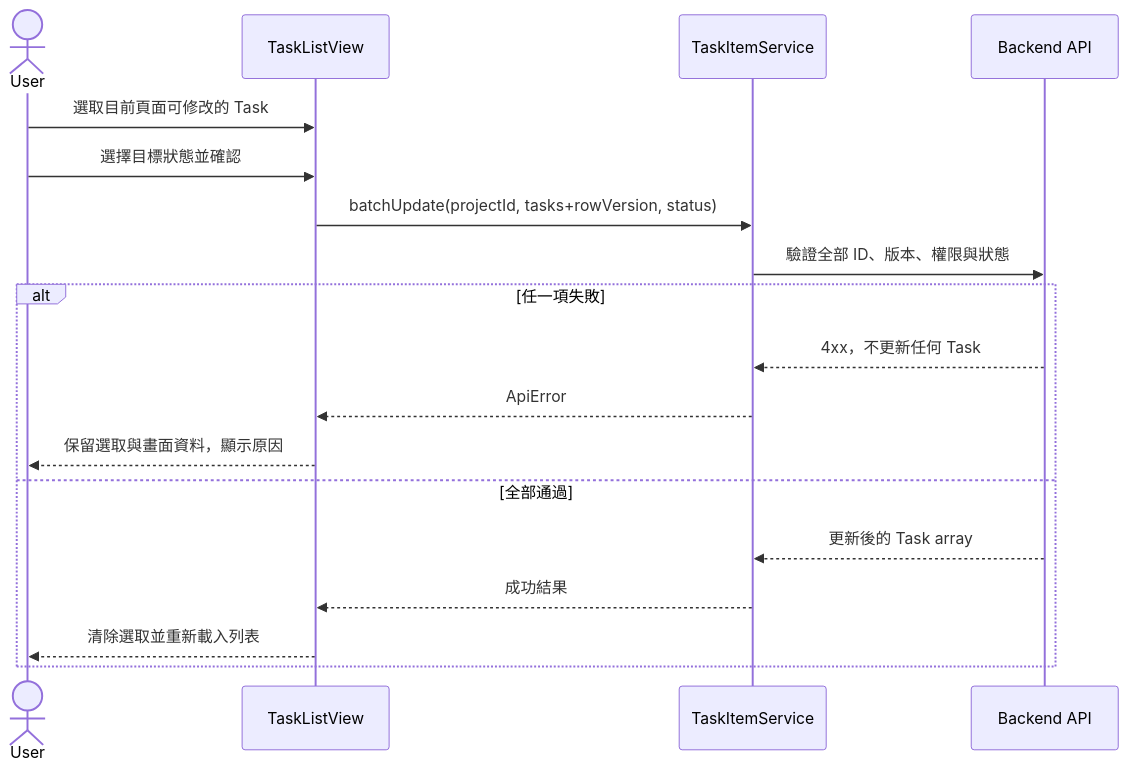
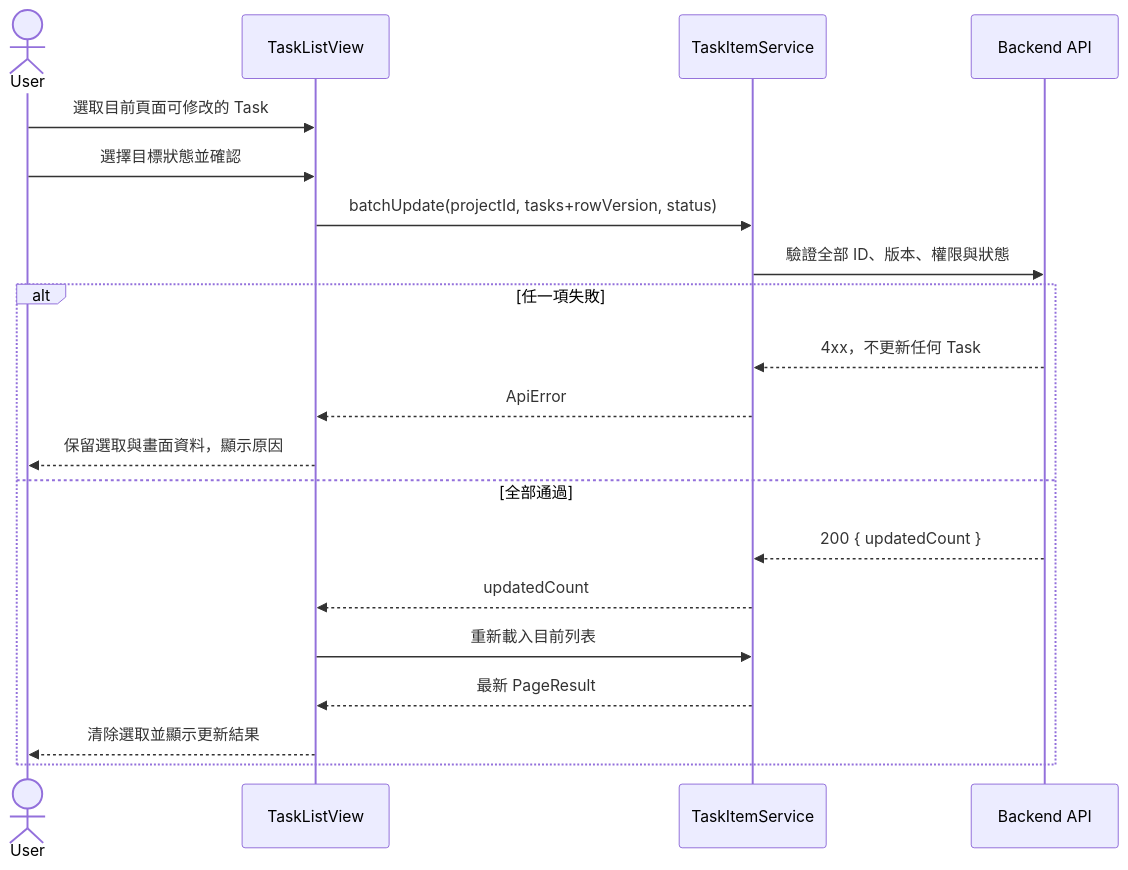
Before and after one commit to JJDing-Louis/ProjectManagementWeb_FrontEnd: the third of 3 diagrams in docs/Architecture.md, drawn with Mermaid. The commit also changed other lines of this file and 3 other files, not shown here.

````diff
--- a/docs/Architecture.md
+++ b/docs/Architecture.md
@@ -118,21 +142,23 @@
 ```mermaid
 sequenceDiagram
     actor User
     participant View as TaskListView
     participant Service as TaskItemService
     participant Backend as Backend API
 
     User->>View: 選取目前頁面可修改的 Task
     User->>View: 選擇目標狀態並確認
     View->>Service: batchUpdate(projectId, tasks+rowVersion, status)
     Service->>Backend: 驗證全部 ID、版本、權限與狀態
     alt 任一項失敗
         Backend-->>Service: 4xx，不更新任何 Task
         Service-->>View: ApiError
         View-->>User: 保留選取與畫面資料，顯示原因
     else 全部通過
-        Backend-->>Service: 更新後的 Task array
-        Service-->>View: 成功結果
-        View-->>User: 清除選取並重新載入列表
+        Backend-->>Service: 200 { updatedCount }
+        Service-->>View: updatedCount
+        View->>Service: 重新載入目前列表
+        Service-->>View: 最新 PageResult
+        View-->>User: 清除選取並顯示更新結果
     end
 ```
````
